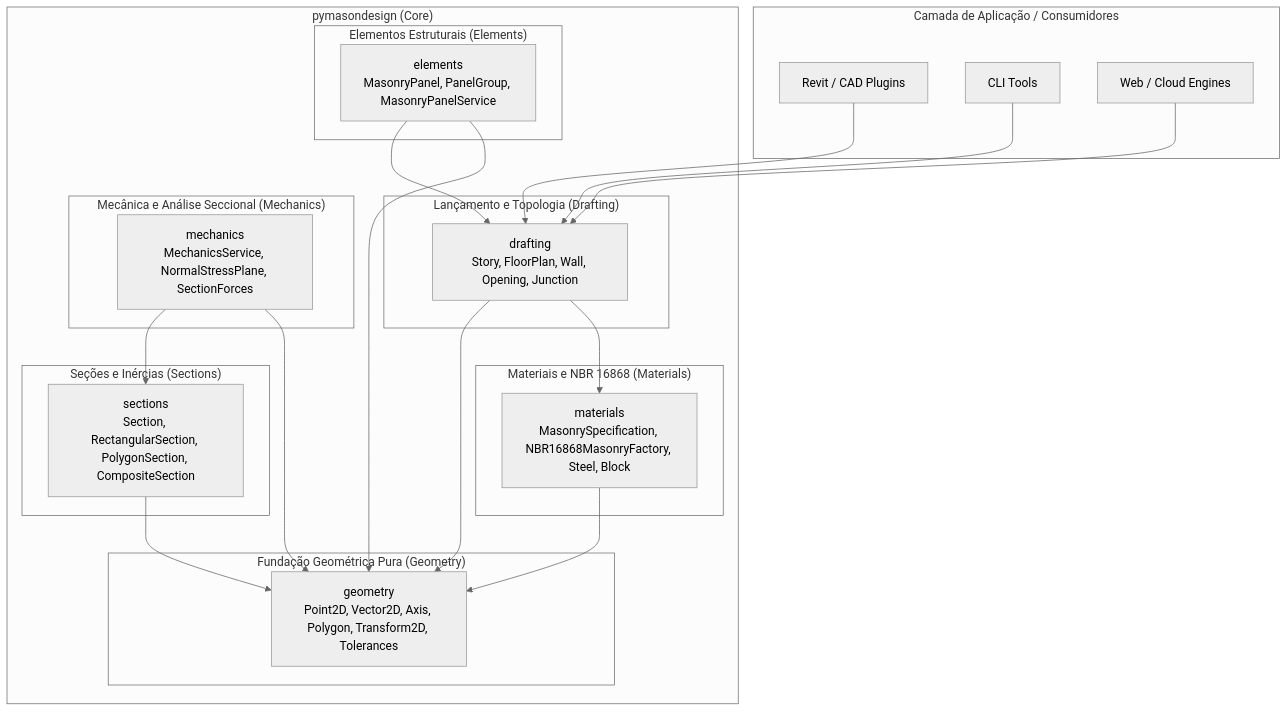
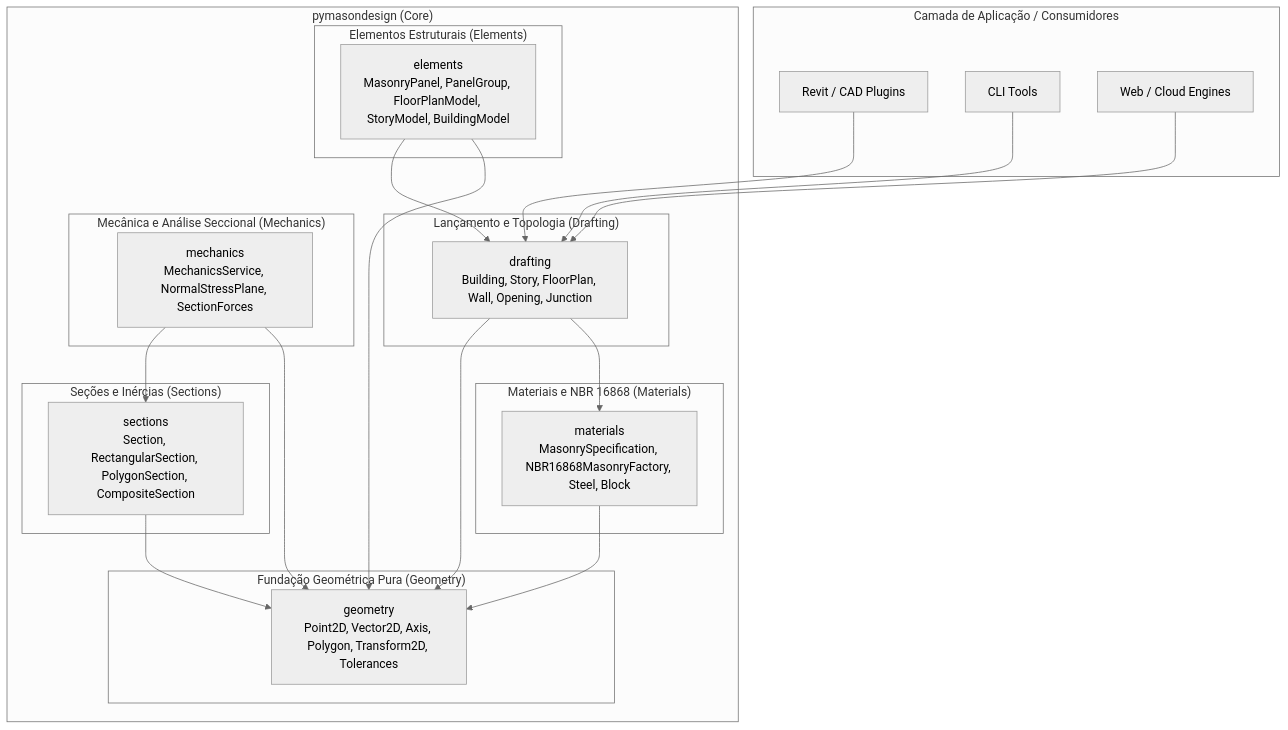
Before and after one commit to BrunoFurlam/pymasondesign: the first of 2 diagrams in ARCHITECTURE.md, drawn with Mermaid (neutral theme). The commit also changed other lines of this file and 10 other files, not shown here.

Commit message:
feat(elements, drafting): add Building, BuildingModel and StoryModel with top-to-bottom ordering

````diff
--- a/ARCHITECTURE.md
+++ b/ARCHITECTURE.md
@@ -11,46 +11,46 @@
 ```mermaid
 graph TD
     subgraph "Camada de Aplicação / Consumidores"
         A[Revit / CAD Plugins]
         B[CLI Tools]
         C[Web / Cloud Engines]
     end
 
     subgraph "pymasondesign (Core)"
         subgraph "Elementos Estruturais (Elements)"
-            ELEM[elements<br/>MasonryPanel, PanelGroup, MasonryPanelService]
+            ELEM[elements<br/>MasonryPanel, PanelGroup, FloorPlanModel, StoryModel, BuildingModel]
         end
 
         subgraph "Lançamento e Topologia (Drafting)"
-            DRAFT[drafting<br/>Story, FloorPlan, Wall, Opening, Junction]
+            DRAFT[drafting<br/>Building, Story, FloorPlan, Wall, Opening, Junction]
         end
 
         subgraph "Mecânica e Análise Seccional (Mechanics)"
             MECH[mechanics<br/>MechanicsService, NormalStressPlane, SectionForces]
         end
 
         subgraph "Seções e Inércias (Sections)"
             SECT[sections<br/>Section, RectangularSection, PolygonSection, CompositeSection]
         end
 
         subgraph "Materiais e NBR 16868 (Materials)"
             MAT[materials<br/>MasonrySpecification, NBR16868MasonryFactory, Steel, Block]
         end
 
         subgraph "Fundação Geométrica Pura (Geometry)"
             GEOM[geometry<br/>Point2D, Vector2D, Axis, Polygon, Transform2D, Tolerances]
         end
     end
 
     A --> DRAFT
     B --> DRAFT
     C --> DRAFT
     DRAFT --> GEOM
     DRAFT --> MAT
     ELEM --> DRAFT
     ELEM --> GEOM
     MECH --> SECT
     MECH --> GEOM
     SECT --> GEOM
     MAT --> GEOM
 ```
````
